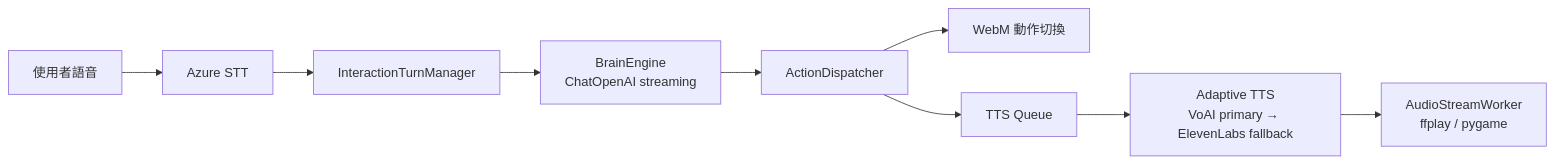
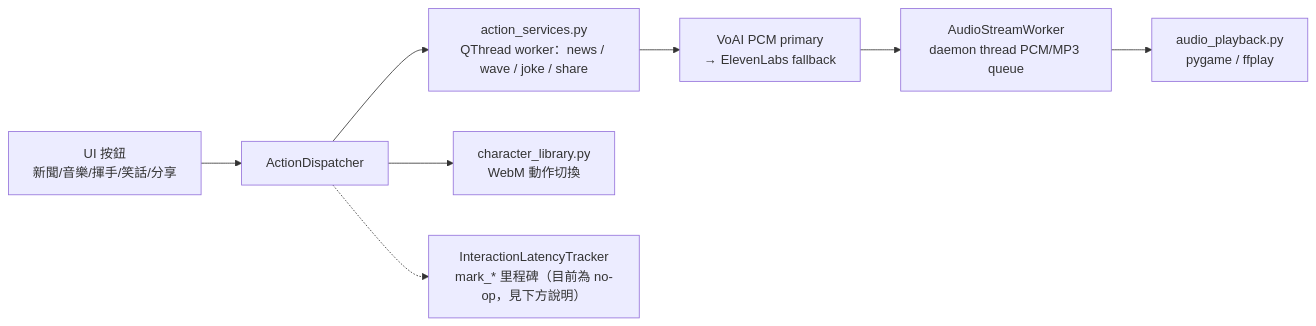
One commit to Jason25684531/Virtual-Pet changed the second of 3 diagrams in README.md. Above: the diagram before and after it, drawn with Mermaid. The commit also changed other lines of this file and 6 other files, not shown here.

````diff
--- a/README.md
+++ b/README.md
@@ -46,11 +47,10 @@
 ```mermaid
 flowchart LR
-    U[使用者語音] --> STT[Azure STT]
-    STT --> TURN[InteractionTurnManager]
-    TURN --> BRAIN[BrainEngine<br>ChatOpenAI streaming]
-    BRAIN --> DISP[ActionDispatcher]
-    DISP --> MOTION[WebM 動作切換]
-    DISP --> TTSQ[TTS Queue]
-    TTSQ --> TTS[Adaptive TTS<br>VoAI primary → ElevenLabs fallback]
-    TTS --> PLAY[AudioStreamWorker<br>ffplay / pygame]
+    UI[UI 按鈕<br>新聞/音樂/揮手/笑話/分享] --> DISP[ActionDispatcher]
+    DISP --> SVC[action_services.py<br>QThread worker：news / wave / joke / share]
+    SVC --> TTS[VoAI PCM primary<br>→ ElevenLabs fallback]
+    TTS --> AW[AudioStreamWorker<br>daemon thread PCM/MP3 queue]
+    AW --> PLAY[audio_playback.py<br>pygame / ffplay]
+    DISP --> MOTION[character_library.py<br>WebM 動作切換]
+    DISP -.-> TRACE[InteractionLatencyTracker<br>mark_* 里程碑（目前為 no-op，見下方說明）]
 ```
````
